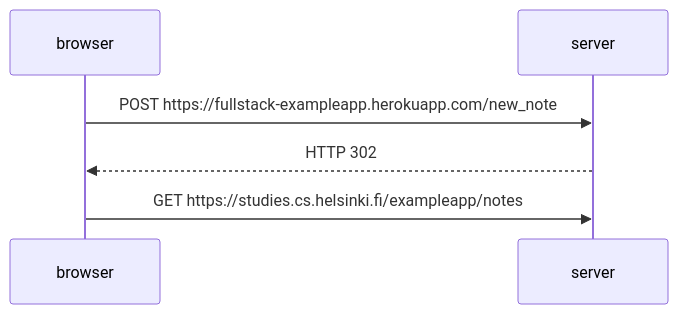
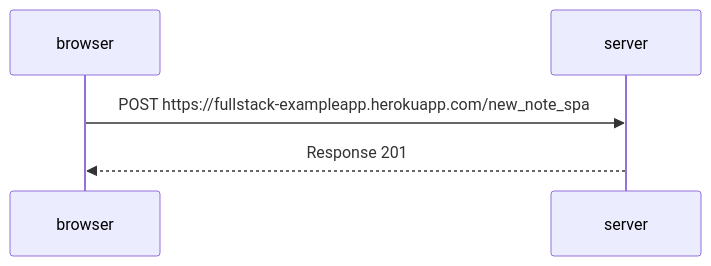
Before and after one commit to JoaquinDalmasso/FullStack-Open: the third of 3 diagrams in part0/SequenceDiagram.md, drawn with Mermaid. The commit also changed other lines of this file, not shown here.

````diff
--- a/part0/SequenceDiagram.md
+++ b/part0/SequenceDiagram.md
@@ -4,10 +39,8 @@
 ```mermaid
 sequenceDiagram
     participant browser
     participant server
 
-    browser->>server: POST https://fullstack-exampleapp.herokuapp.com/new_note
-    server-->>browser: HTTP 302
-    browser->>server: GET https://studies.cs.helsinki.fi/exampleapp/notes
-
+    browser->>server: POST https://fullstack-exampleapp.herokuapp.com/new_note_spa
+    server-->>browser: Response 201
 ```
````
